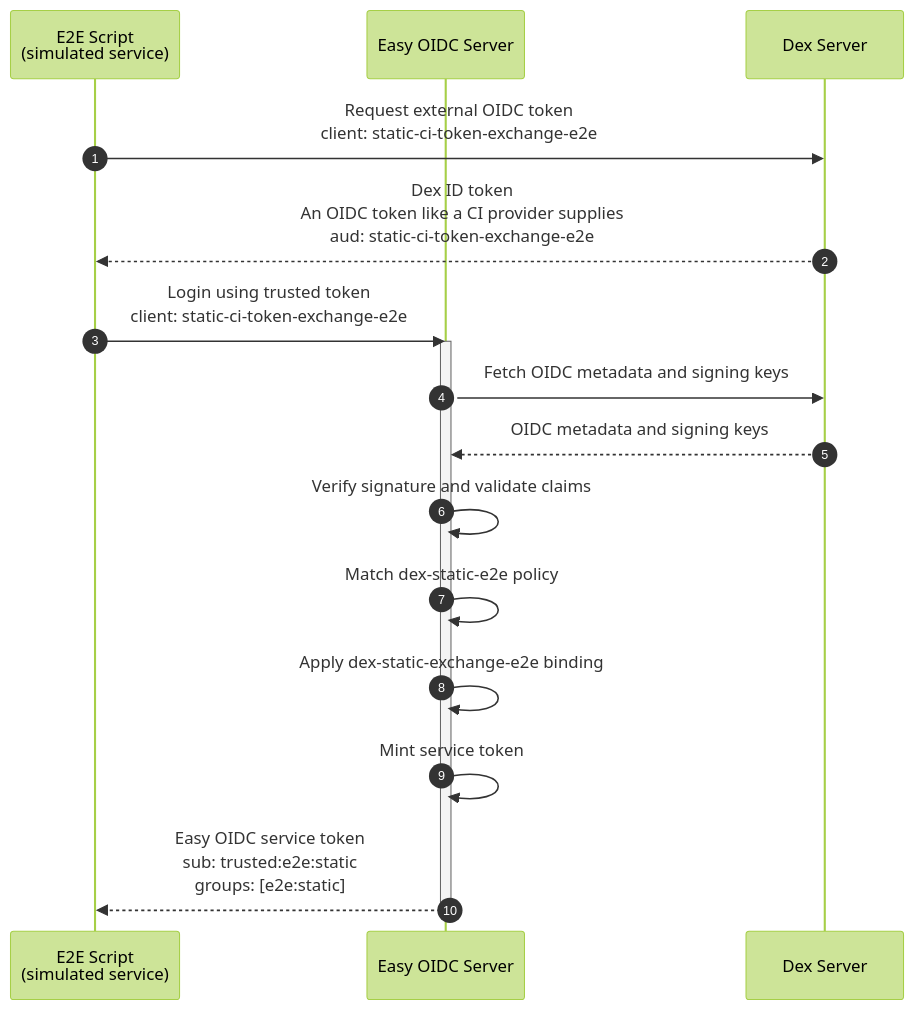
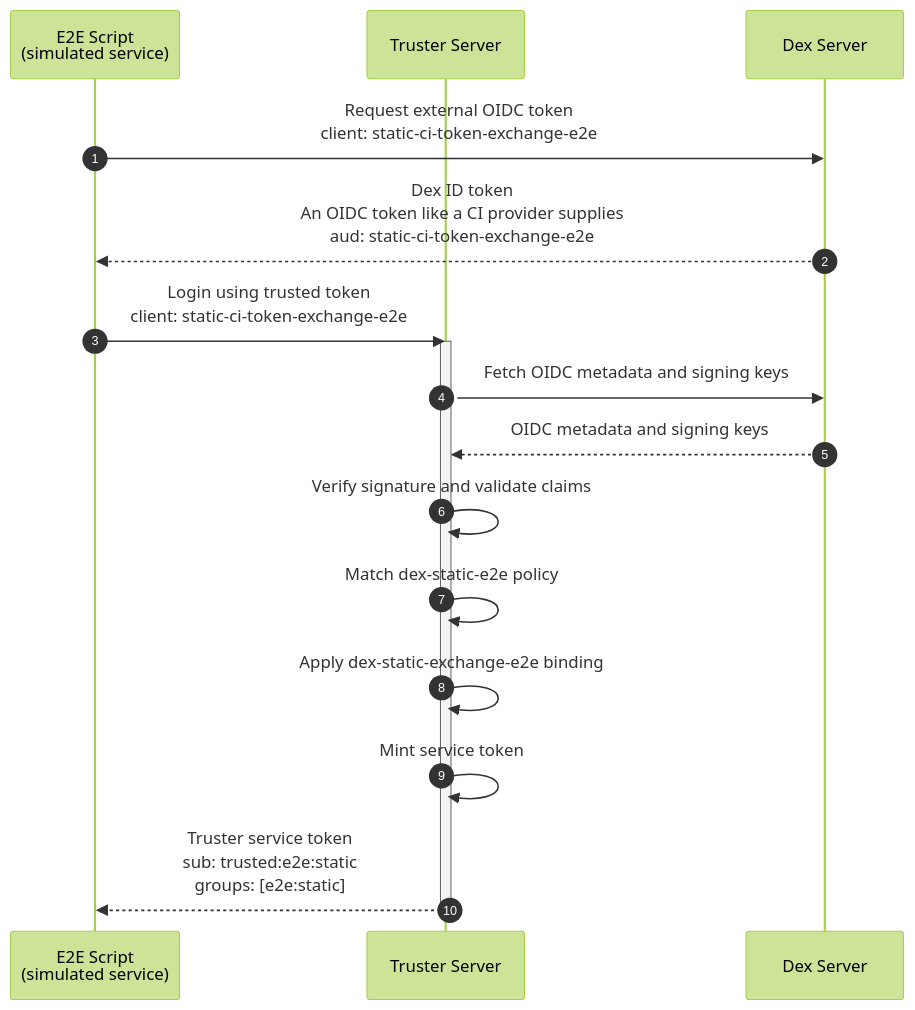
Before and after one commit to easy-oidc/easy-oidc: the first of 4 diagrams in scripts/e2e/README.md, drawn with Mermaid (forest theme). The commit also changed other lines of this file and 276 other files, not shown here.

Commit message:
Rename Easy OIDC to Truster

````diff
--- a/scripts/e2e/README.md
+++ b/scripts/e2e/README.md
@@ -34,20 +34,20 @@
 ```mermaid
 sequenceDiagram
     autonumber
     participant Script as E2E Script<br/>(simulated service)
-    participant Easy as Easy OIDC Server
+    participant Truster as Truster Server
     participant Dex as Dex Server
 
     Script->>Dex: Request external OIDC token<br/>client: static-ci-token-exchange-e2e
     Dex-->>Script: Dex ID token<br/>An OIDC token like a CI provider supplies<br/>aud: static-ci-token-exchange-e2e
-    Script->>Easy: Login using trusted token<br/>client: static-ci-token-exchange-e2e
-    activate Easy
-    Easy->>Dex: Fetch OIDC metadata and signing keys
-    Dex-->>Easy: OIDC metadata and signing keys
-    Easy->>Easy: Verify signature and validate claims
-    Easy->>Easy: Match dex-static-e2e policy
-    Easy->>Easy: Apply dex-static-exchange-e2e binding
-    Easy->>Easy: Mint service token
-    Easy-->>Script: Easy OIDC service token<br/>sub: trusted:e2e:static<br/>groups: [e2e:static]
-    deactivate Easy
+    Script->>Truster: Login using trusted token<br/>client: static-ci-token-exchange-e2e
+    activate Truster
+    Truster->>Dex: Fetch OIDC metadata and signing keys
+    Dex-->>Truster: OIDC metadata and signing keys
+    Truster->>Truster: Verify signature and validate claims
+    Truster->>Truster: Match dex-static-e2e policy
+    Truster->>Truster: Apply dex-static-exchange-e2e binding
+    Truster->>Truster: Mint service token
+    Truster-->>Script: Truster service token<br/>sub: trusted:e2e:static<br/>groups: [e2e:static]
+    deactivate Truster
 ```
````
